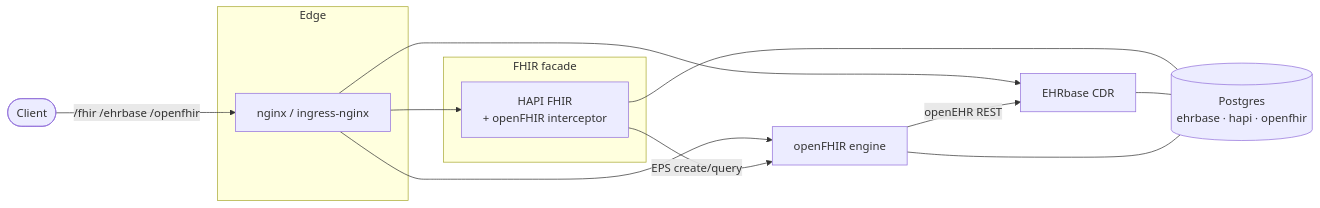
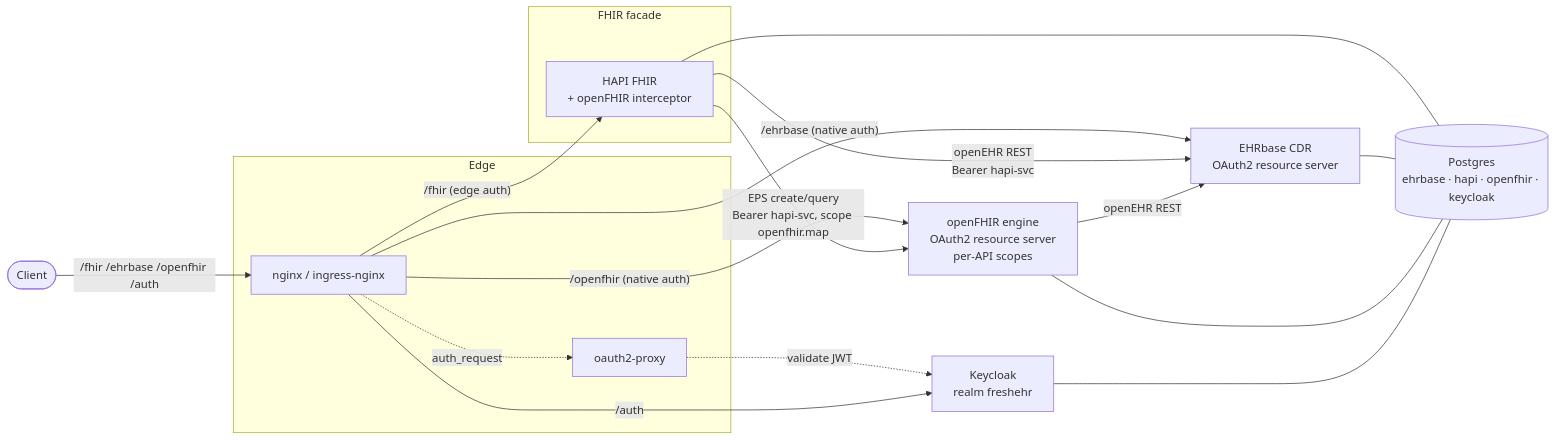
The diagram in README.md (joostholslag/Open-health-stack), drawn with Mermaid before and after one commit. The commit also changed other lines of this file and 7 other files, not shown here.

````diff
--- a/README.md
+++ b/README.md
@@ -31,23 +32,30 @@
 ```mermaid
 flowchart LR
     client([Client])
     subgraph edge[Edge]
         nginx[nginx / ingress-nginx]
+        o2p[oauth2-proxy]
     end
     subgraph fhir[FHIR facade]
         hapi[HAPI FHIR<br/>+ openFHIR interceptor]
     end
-    openfhir[openFHIR engine]
-    ehrbase[EHRbase CDR]
-    pg[(Postgres<br/>ehrbase · hapi · openfhir)]
+    kc[Keycloak<br/>realm freshehr]
+    openfhir[openFHIR engine<br/>OAuth2 resource server<br/>per-API scopes]
+    ehrbase[EHRbase CDR<br/>OAuth2 resource server]
+    pg[(Postgres<br/>ehrbase · hapi · openfhir · keycloak)]
 
-client -->|/fhir /ehrbase /openfhir|nginx
-nginx --> hapi
-nginx --> ehrbase
-nginx --> openfhir
-hapi -->|EPS create/query|openfhir
+client -->|/fhir /ehrbase /openfhir /auth|nginx
+nginx -->|"/fhir (edge auth)"|hapi
+nginx -.->|auth_request|o2p
+o2p -.->|validate JWT|kc
+nginx -->|"/ehrbase (native auth)"|ehrbase
+nginx -->|"/openfhir (native auth)"|openfhir
+nginx -->|/auth|kc
+hapi -->|"EPS create/query<br/>Bearer hapi-svc, scope openfhir.map"|openfhir
+hapi -->|"openEHR REST<br/>Bearer hapi-svc"|ehrbase
 openfhir -->|openEHR REST|ehrbase
 hapi --- pg
 ehrbase --- pg
 openfhir --- pg
+kc --- pg
 ```
````
